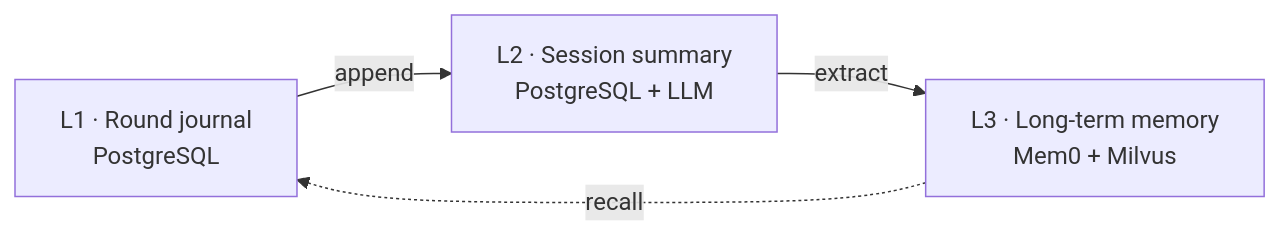
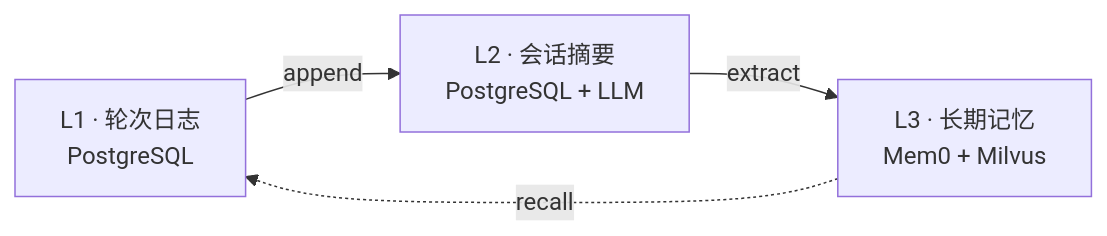
Before and after one commit to mcgrapeng/Thinkback: the diagram in README.zh-CN.md, drawn with Mermaid. The commit also changed other lines of this file and 4 other files, not shown here.

````diff
--- a/README.zh-CN.md
+++ b/README.zh-CN.md
@@ -194,9 +208,9 @@
 ```mermaid
 flowchart LR
-    L1["L1 · Round journal<br/>PostgreSQL"]
-    L2["L2 · Session summary<br/>PostgreSQL + LLM"]
-    L3["L3 · Long-term memory<br/>Mem0 + Milvus"]
+    L1["L1 · 轮次日志<br/>PostgreSQL"]
+    L2["L2 · 会话摘要<br/>PostgreSQL + LLM"]
+    L3["L3 · 长期记忆<br/>Mem0 + Milvus"]
     L1 -->|append| L2
     L2 -->|extract| L3
     L3 -.->|recall| L1
 ```
````
